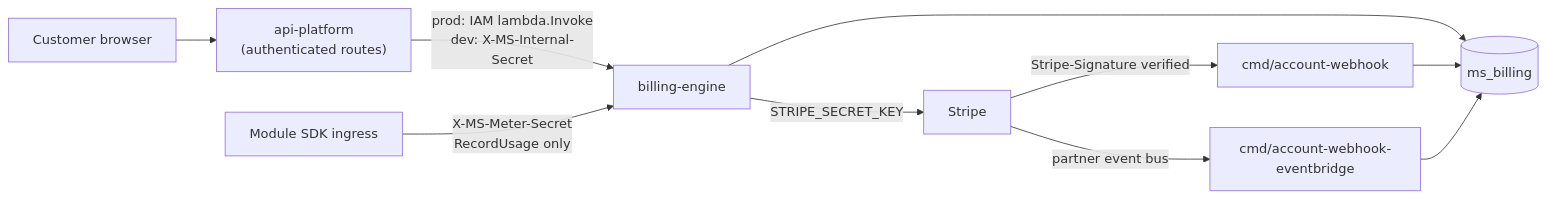
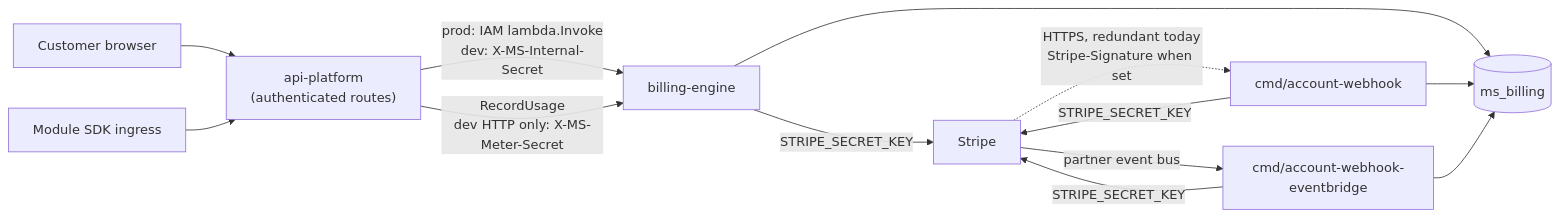
The first of 6 diagrams in README.md (mirrorstack-ai/billing-engine), drawn with Mermaid before and after one commit. The commit also changed other lines of this file, not shown here.

````diff
--- a/README.md
+++ b/README.md
@@ -56,12 +72,15 @@
 ```mermaid
 flowchart LR
     Browser["Customer browser"] --> AP["api-platform<br/>(authenticated routes)"]
     AP -->|"prod: IAM lambda.Invoke<br/>dev: X-MS-Internal-Secret"| API["billing-engine"]
-    SDK["Module SDK ingress"] -->|"X-MS-Meter-Secret<br/>RecordUsage only"| API
-    Stripe["Stripe"] -->|"Stripe-Signature verified"| WH["cmd/account-webhook"]
-    Stripe -->|"partner event bus"| EB["cmd/account-webhook-eventbridge"]
+    SDK["Module SDK ingress"] --> AP
+    AP -->|"RecordUsage<br/>dev HTTP only: X-MS-Meter-Secret"| API
+    Stripe["Stripe"] -->|"partner event bus"| EB["cmd/account-webhook-eventbridge"]
+    Stripe -.->|"HTTPS, redundant today<br/>Stripe-Signature when set"| WH["cmd/account-webhook"]
     API --> DB[("ms_billing")]
     WH --> DB
     EB --> DB
     API -->|"STRIPE_SECRET_KEY"| Stripe
+    WH -->|"STRIPE_SECRET_KEY"| Stripe
+    EB -->|"STRIPE_SECRET_KEY"| Stripe
 ```
````
